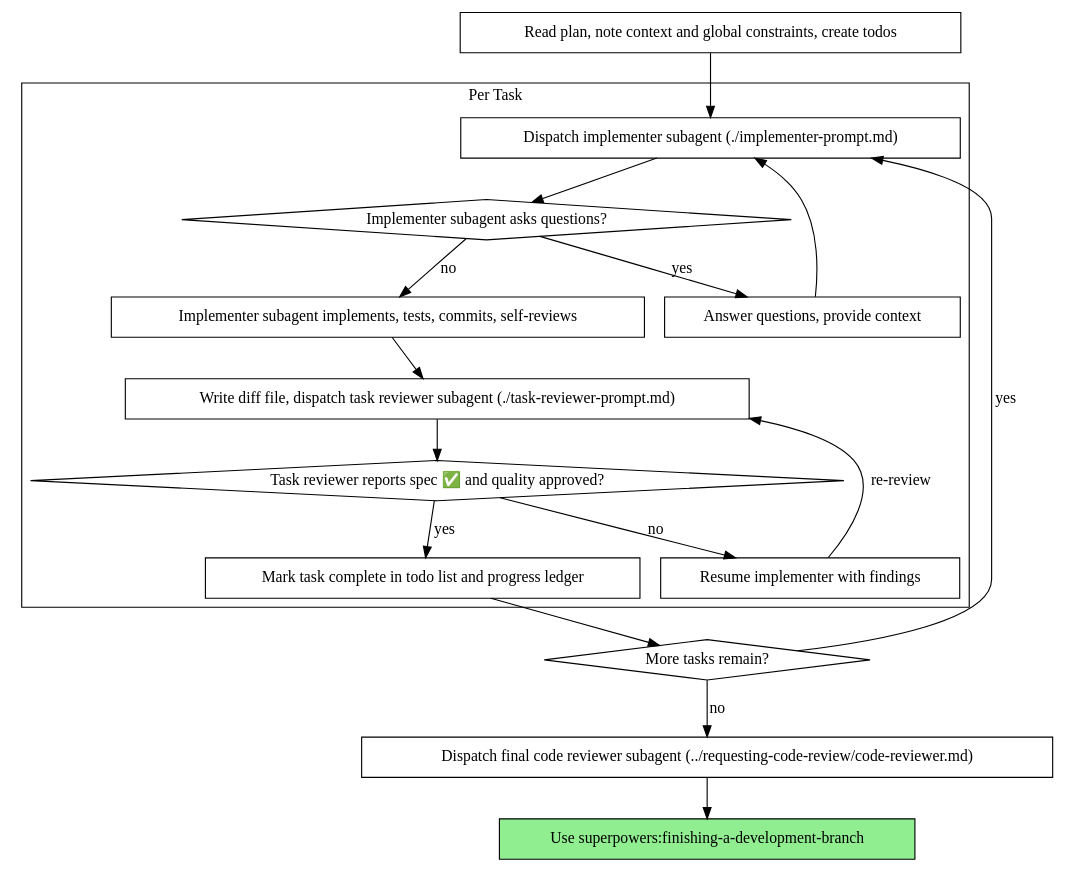
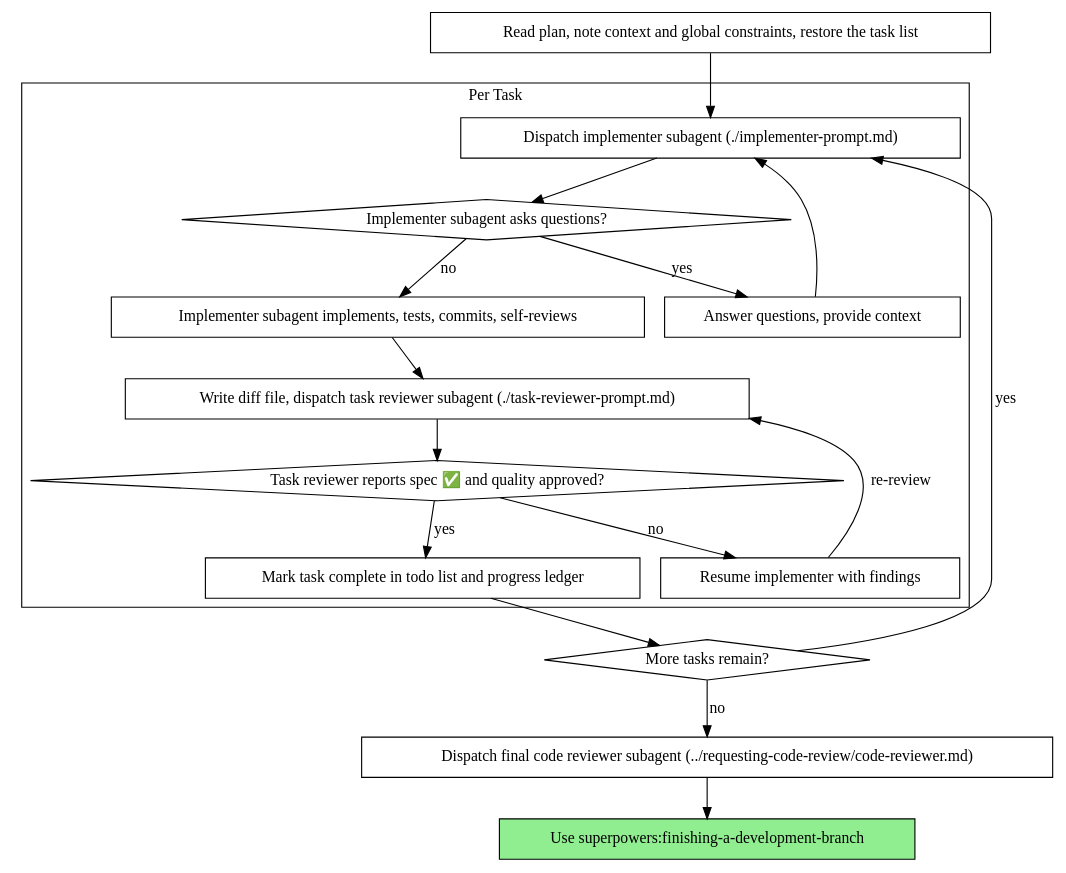
The second of 2 diagrams in skills/subagent-driven-development/SKILL.md (kronflux/superpowers), drawn with Graphviz before and after one commit. The commit also changed other lines of this file and 4 other files, not shown here.

First line of the commit message:
feat: restore the native task list at plan entry in subagent-driven-development

````diff
--- a/skills/subagent-driven-development/SKILL.md
+++ b/skills/subagent-driven-development/SKILL.md
@@ -51,37 +51,37 @@
 ```dot
 digraph process {
     rankdir=TB;
 
     subgraph cluster_per_task {
         label="Per Task";
         "Dispatch implementer subagent (./implementer-prompt.md)" [shape=box];
         "Implementer subagent asks questions?" [shape=diamond];
         "Answer questions, provide context" [shape=box];
         "Implementer subagent implements, tests, commits, self-reviews" [shape=box];
         "Write diff file, dispatch task reviewer subagent (./task-reviewer-prompt.md)" [shape=box];
         "Task reviewer reports spec ✅ and quality approved?" [shape=diamond];
         "Resume implementer with findings" [shape=box];
         "Mark task complete in todo list and progress ledger" [shape=box];
     }
 
-    "Read plan, note context and global constraints, create todos" [shape=box];
+    "Read plan, note context and global constraints, restore the task list" [shape=box];
     "More tasks remain?" [shape=diamond];
     "Dispatch final code reviewer subagent (../requesting-code-review/code-reviewer.md)" [shape=box];
     "Use superpowers:finishing-a-development-branch" [shape=box style=filled fillcolor=lightgreen];
 
-    "Read plan, note context and global constraints, create todos" -> "Dispatch implementer subagent (./implementer-prompt.md)";
+    "Read plan, note context and global constraints, restore the task list" -> "Dispatch implementer subagent (./implementer-prompt.md)";
     "Dispatch implementer subagent (./implementer-prompt.md)" -> "Implementer subagent asks questions?";
     "Implementer subagent asks questions?" -> "Answer questions, provide context" [label="yes"];
     "Answer questions, provide context" -> "Dispatch implementer subagent (./implementer-prompt.md)";
     "Implementer subagent asks questions?" -> "Implementer subagent implements, tests, commits, self-reviews" [label="no"];
     "Implementer subagent implements, tests, commits, self-reviews" -> "Write diff file, dispatch task reviewer subagent (./task-reviewer-prompt.md)";
     "Write diff file, dispatch task reviewer subagent (./task-reviewer-prompt.md)" -> "Task reviewer reports spec ✅ and quality approved?";
     "Task reviewer reports spec ✅ and quality approved?" -> "Resume implementer with findings" [label="no"];
     "Resume implementer with findings" -> "Write diff file, dispatch task reviewer subagent (./task-reviewer-prompt.md)" [label="re-review"];
     "Task reviewer reports spec ✅ and quality approved?" -> "Mark task complete in todo list and progress ledger" [label="yes"];
     "Mark task complete in todo list and progress ledger" -> "More tasks remain?";
     "More tasks remain?" -> "Dispatch implementer subagent (./implementer-prompt.md)" [label="yes"];
     "More tasks remain?" -> "Dispatch final code reviewer subagent (../requesting-code-review/code-reviewer.md)" [label="no"];
     "Dispatch final code reviewer subagent (../requesting-code-review/code-reviewer.md)" -> "Use superpowers:finishing-a-development-branch";
 }
 ```
````
